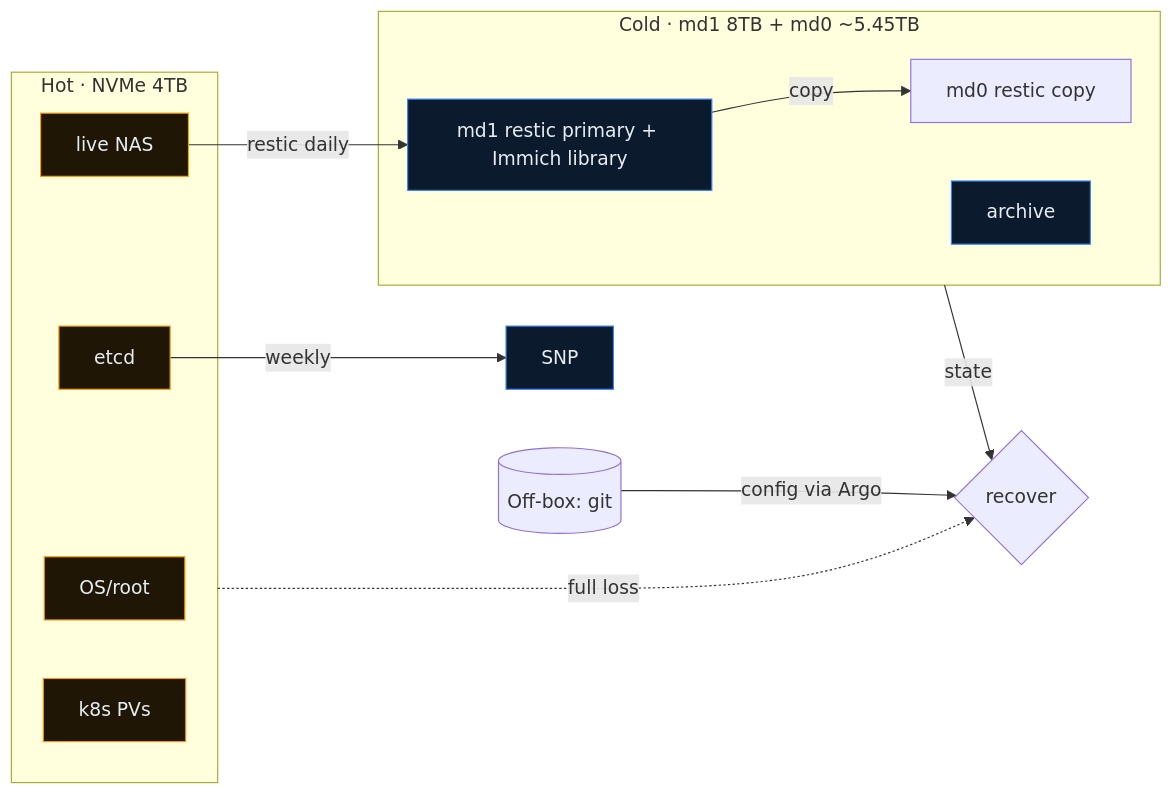
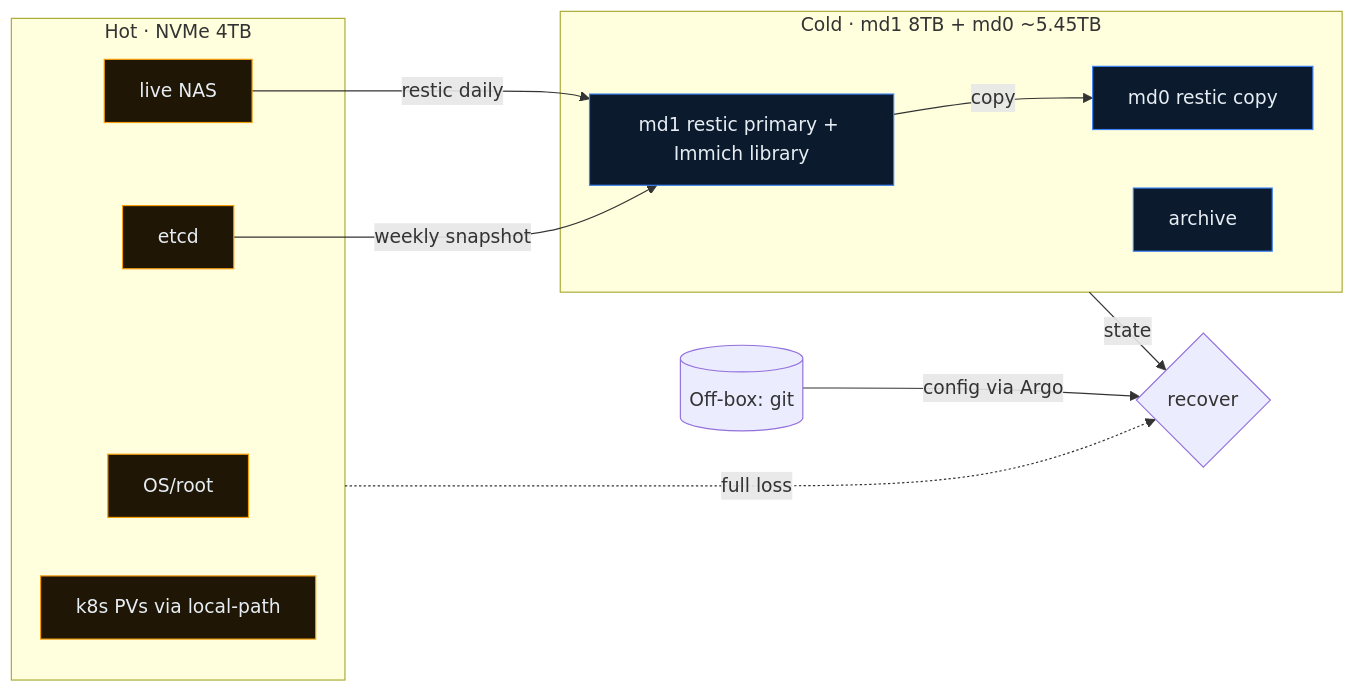
The third of 3 diagrams in docs/ARCHITECTURE.md (swares/HomeLab), drawn with Mermaid before and after one commit. The commit also changed other lines of this file and 1 other file, not shown here.

First line of the commit message:
docs: update ARCHITECTURE, SERVICES, LAB-URLS for k3s/lldap/Authelia

````diff
--- a/docs/ARCHITECTURE.md
+++ b/docs/ARCHITECTURE.md
@@ -92,20 +93,20 @@
 ```mermaid
 flowchart LR
     subgraph HOT[Hot · NVMe 4TB]
-      OS[OS/root]; ETCD[etcd]; NAS[live NAS]; PV[k8s PVs]
+      OS[OS/root]; ETCD[etcd]; NAS[live NAS]; PV[k8s PVs via local-path]
     end
     subgraph COLD[Cold · md1 8TB + md0 ~5.45TB]
       RES[md1 restic primary + Immich library]; CP[md0 restic copy]; ARC[archive]
     end
     RES -->|copy| CP
     GIT[(Off-box: git)]
     NAS -->|restic daily| RES
-    ETCD -->|weekly| SNP
+    ETCD -->|weekly snapshot| RES
     HOT -.full loss.-> REC{recover}
     COLD -->|state| REC
     GIT -->|config via Argo| REC
     classDef h fill:#1f1605,stroke:#f59e0b,color:#e6edf3;
     classDef c fill:#0c1a2e,stroke:#3b82f6,color:#e6edf3;
     class OS,ETCD,NAS,PV h;
-    class RES,SNP,ARC c;
+    class RES,CP,ARC c;
 ```
````
